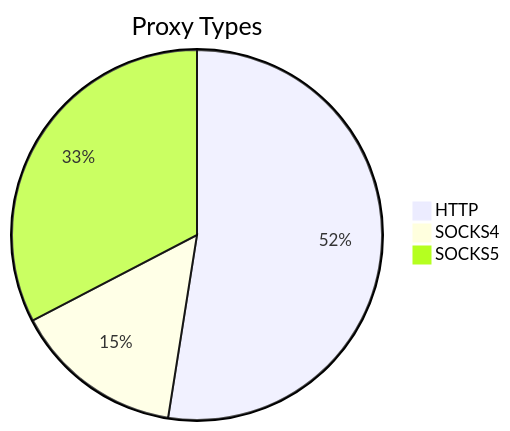
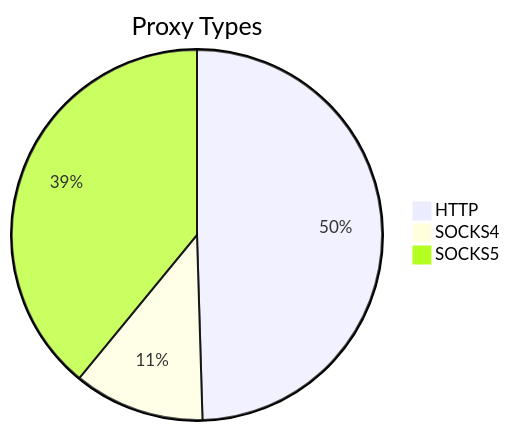
One commit to stormsia/proxy-list changed the first of 2 diagrams in README.md. Above: the diagram before and after it, drawn with Mermaid. The commit also changed other lines of this file, not shown here.

````diff
--- a/README.md
+++ b/README.md
@@ -21,6 +21,6 @@
 ```mermaid
 pie title Proxy Types
-    "HTTP" : 431
-    "SOCKS4" : 122
-    "SOCKS5" : 268
+    "HTTP" : 208
+    "SOCKS4" : 48
+    "SOCKS5" : 164
 ```
````
